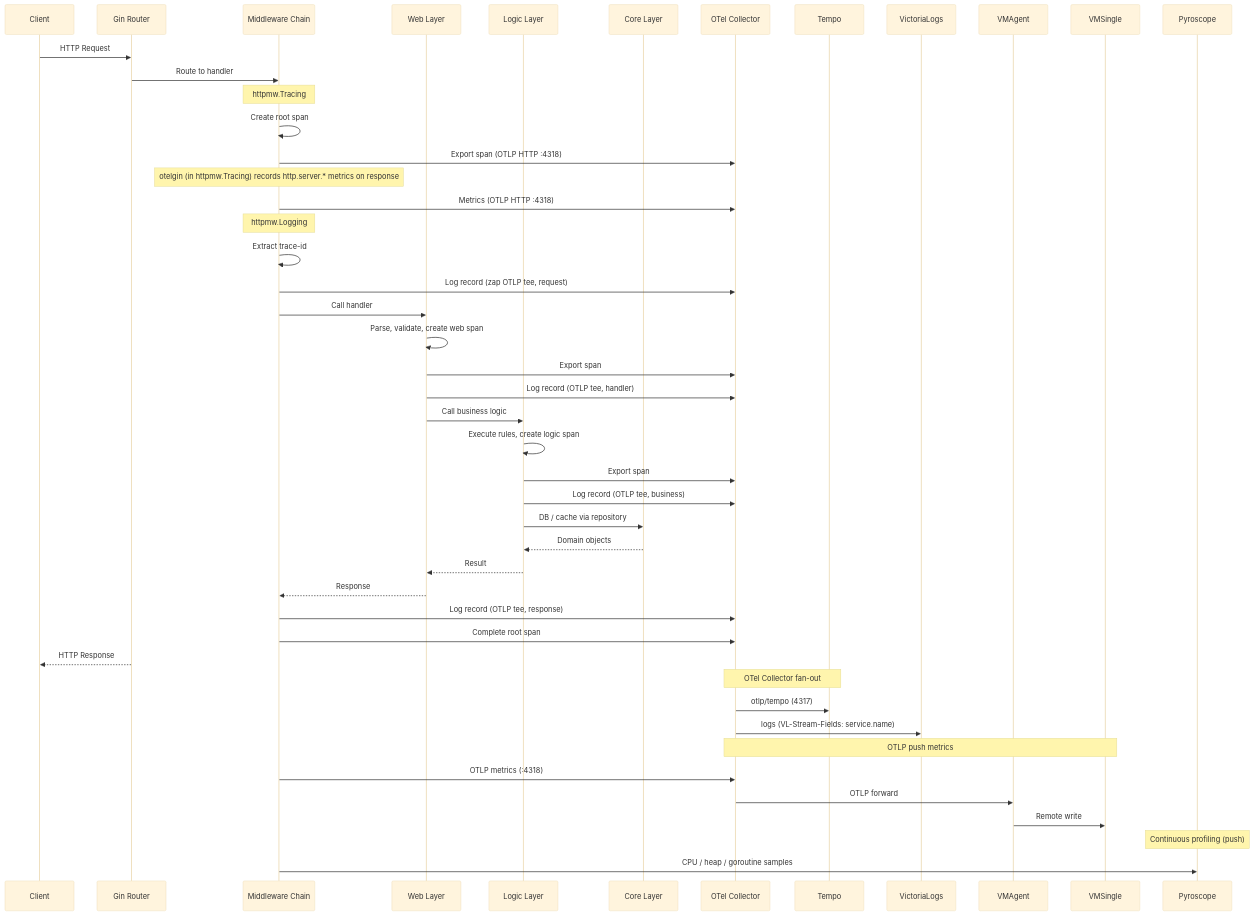
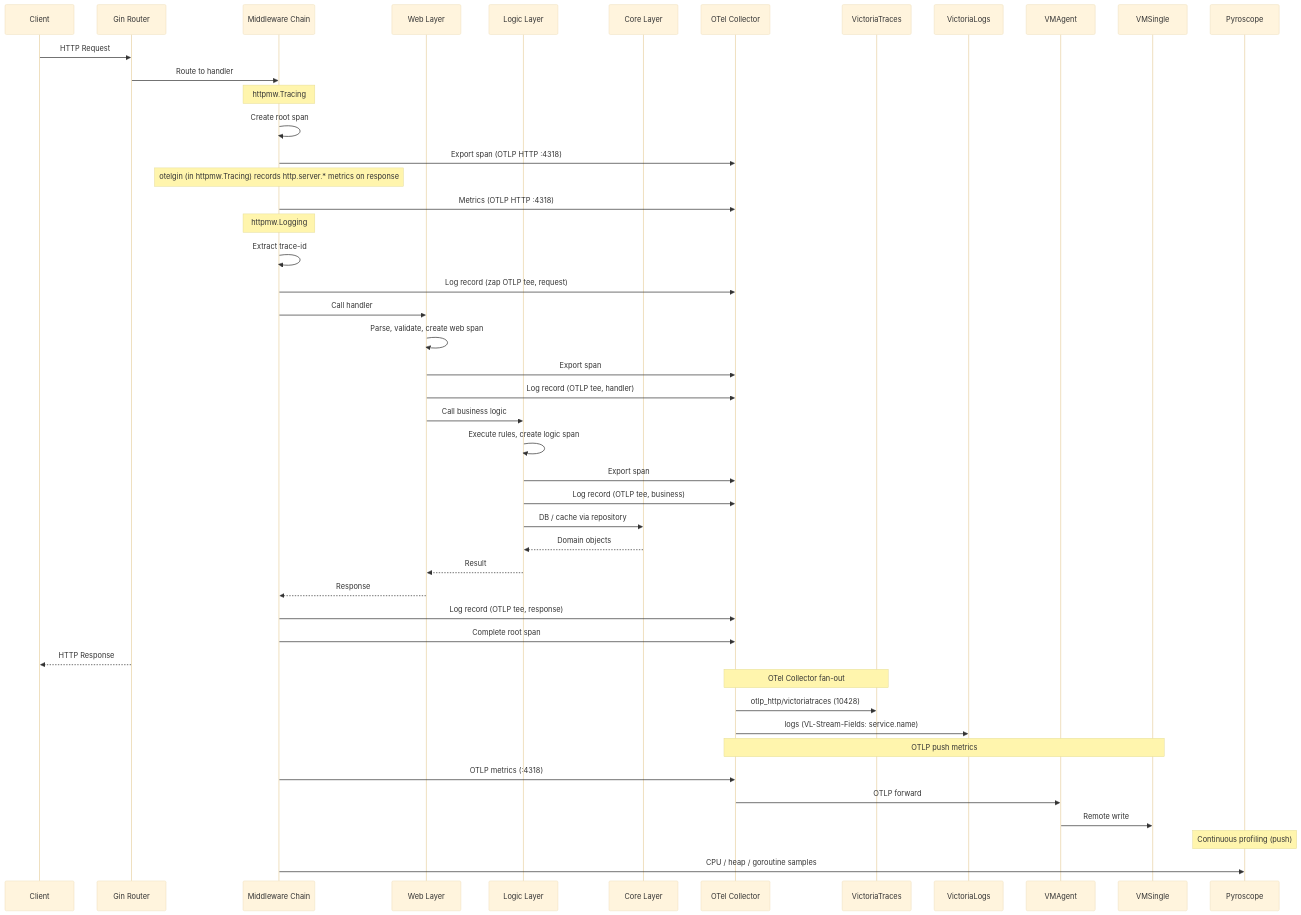
The fourth of 5 diagrams in docs/observability/README.md (duynhlab/homelab), drawn with Mermaid (base theme) before and after one commit. The commit also changed other lines of this file and 57 other files, not shown here.

````diff
--- a/docs/observability/README.md
+++ b/docs/observability/README.md
@@ -184,59 +176,59 @@
 ```mermaid
 sequenceDiagram
     participant Client
     participant Gin as Gin Router
     participant MW as Middleware Chain
     participant Web as Web Layer
     participant Logic as Logic Layer
     participant Core as Core Layer
     participant OTel as OTel Collector
-    participant Tempo
+    participant VictoriaTraces
     participant VLogs as VictoriaLogs
     participant VMAgent
     participant VMSingle
     participant Pyro as Pyroscope
 
     Client->>Gin: HTTP Request
     Gin->>MW: Route to handler
 
     Note over MW: httpmw.Tracing
     MW->>MW: Create root span
     MW->>OTel: Export span (OTLP HTTP :4318)
 
     Note over MW: otelgin (in httpmw.Tracing) records http.server.* metrics on response
     MW->>OTel: Metrics (OTLP HTTP :4318)
 
     Note over MW: httpmw.Logging
     MW->>MW: Extract trace-id
     MW->>OTel: Log record (zap OTLP tee, request)
 
     MW->>Web: Call handler
     Web->>Web: Parse, validate, create web span
     Web->>OTel: Export span
     Web->>OTel: Log record (OTLP tee, handler)
     Web->>Logic: Call business logic
 
     Logic->>Logic: Execute rules, create logic span
     Logic->>OTel: Export span
     Logic->>OTel: Log record (OTLP tee, business)
     Logic->>Core: DB / cache via repository
     Core-->>Logic: Domain objects
 
     Logic-->>Web: Result
     Web-->>MW: Response
     MW->>OTel: Log record (OTLP tee, response)
     MW->>OTel: Complete root span
     Gin-->>Client: HTTP Response
 
-    Note over OTel,Tempo: OTel Collector fan-out
-    OTel->>Tempo: otlp/tempo (4317)
+    Note over OTel,VictoriaTraces: OTel Collector fan-out
+    OTel->>VictoriaTraces: otlp_http/victoriatraces (10428)
     OTel->>VLogs: logs (VL-Stream-Fields: service.name)
 
     Note over OTel,VMSingle: OTLP push metrics
     MW->>OTel: OTLP metrics (:4318)
     OTel->>VMAgent: OTLP forward
     VMAgent->>VMSingle: Remote write
 
     Note over Pyro: Continuous profiling (push)
     MW->>Pyro: CPU / heap / goroutine samples
 ```
````
